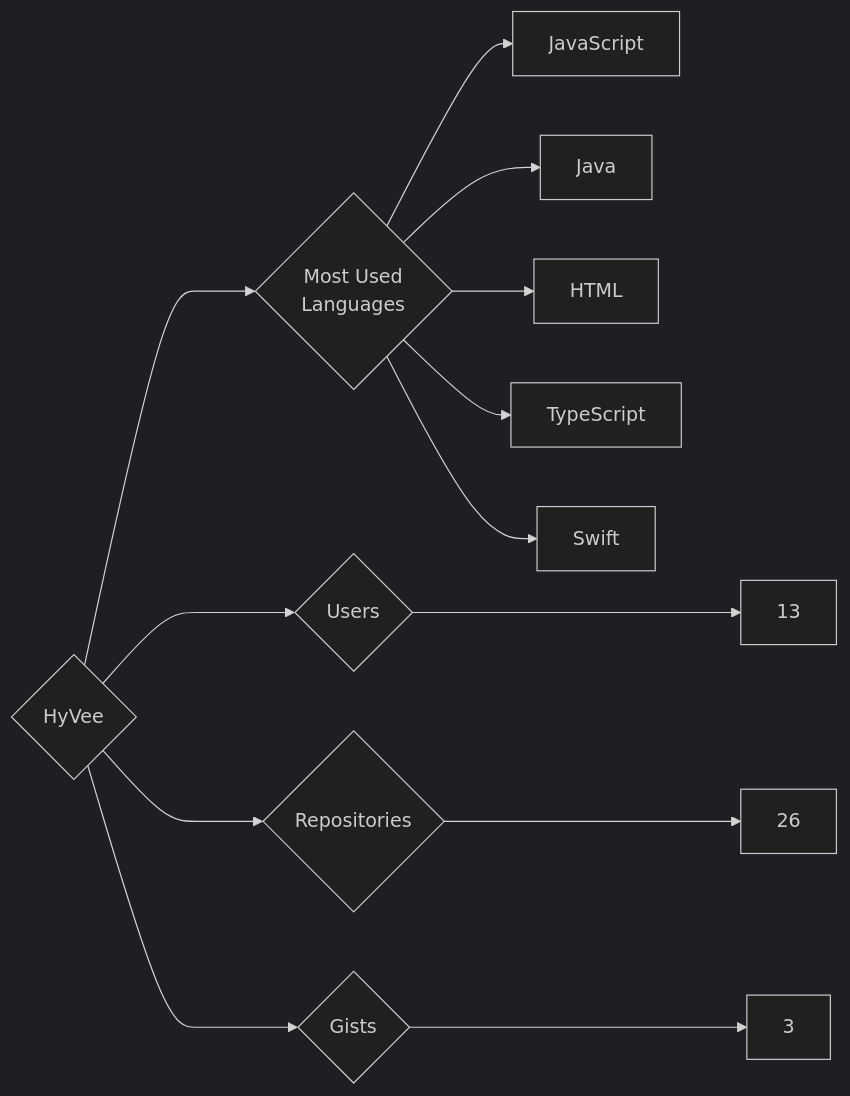
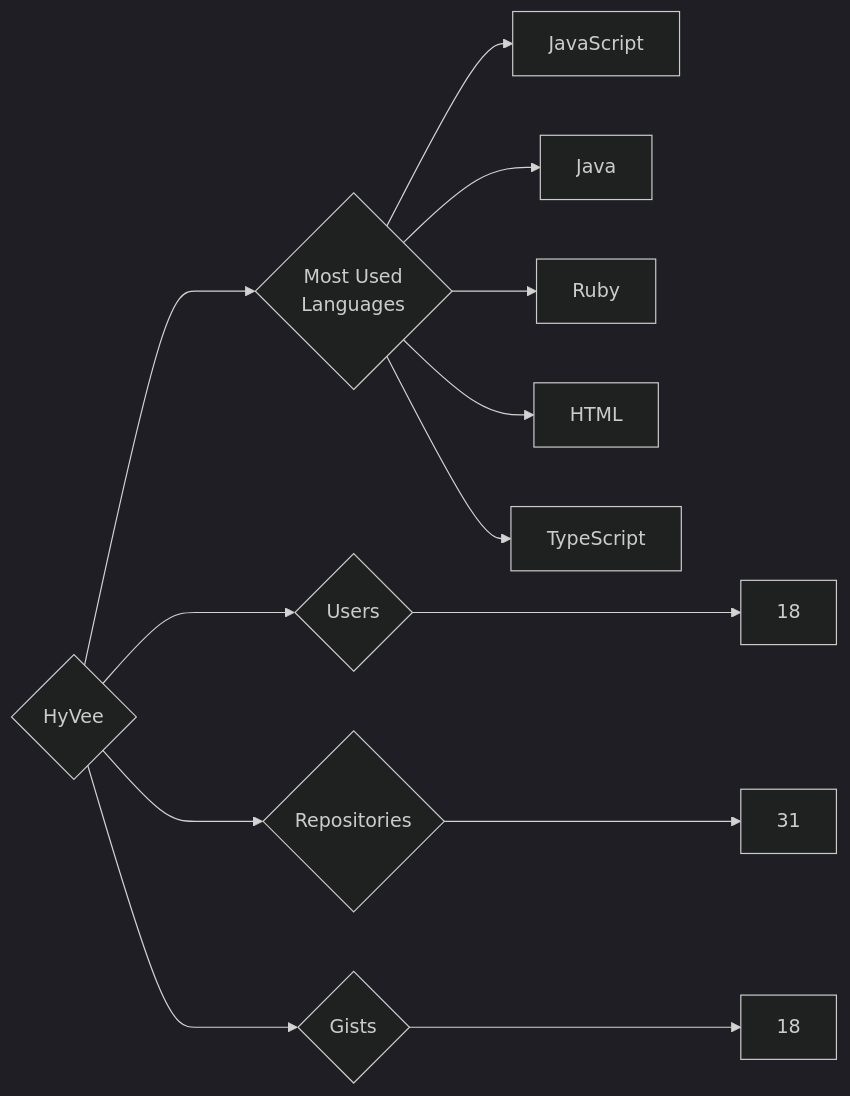
One commit to trickest/insiders changed the diagram in targets/HyVee/README.md. Above: the diagram before and after it, drawn with Mermaid (dark theme). The commit also changed 953 other files, not shown here.

````diff
--- a/targets/HyVee/README.md
+++ b/targets/HyVee/README.md
@@ -3,13 +3,13 @@
 ```mermaid
 graph LR
 COMPANY_NAME{HyVee}
-COMPANY_NAME ---> U{Users} ---> UN[13]
-COMPANY_NAME ---> R{Repositories} ---> RN[26]
-COMPANY_NAME ---> G{Gists} ---> GN[3]
+COMPANY_NAME ---> U{Users} ---> UN[18]
+COMPANY_NAME ---> R{Repositories} ---> RN[31]
+COMPANY_NAME ---> G{Gists} ---> GN[18]
 COMPANY_NAME ---> ML{Most Used<br>Languages}
 ML --> JavaScript[JavaScript]
 ML --> Java[Java]
+ML --> Ruby[Ruby]
 ML --> HTML[HTML]
 ML --> TypeScript[TypeScript]
-ML --> Swift[Swift]
 ```
````
